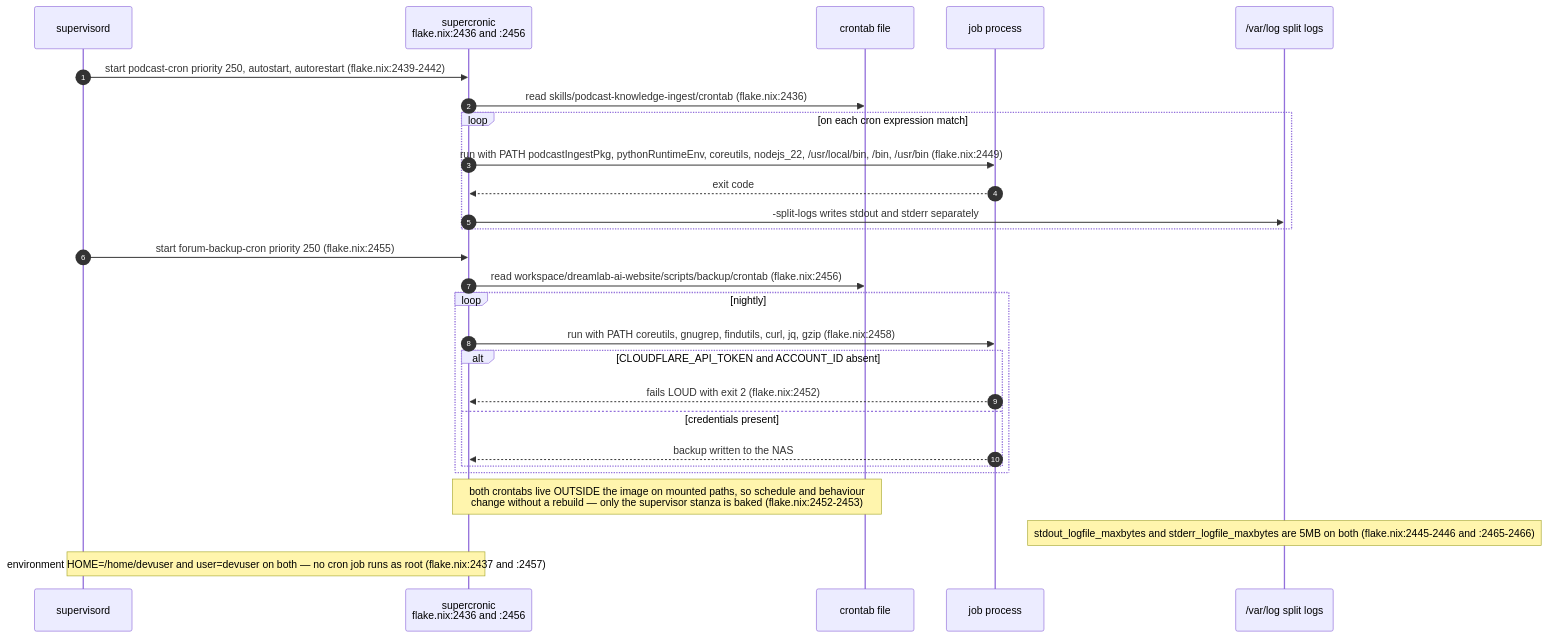
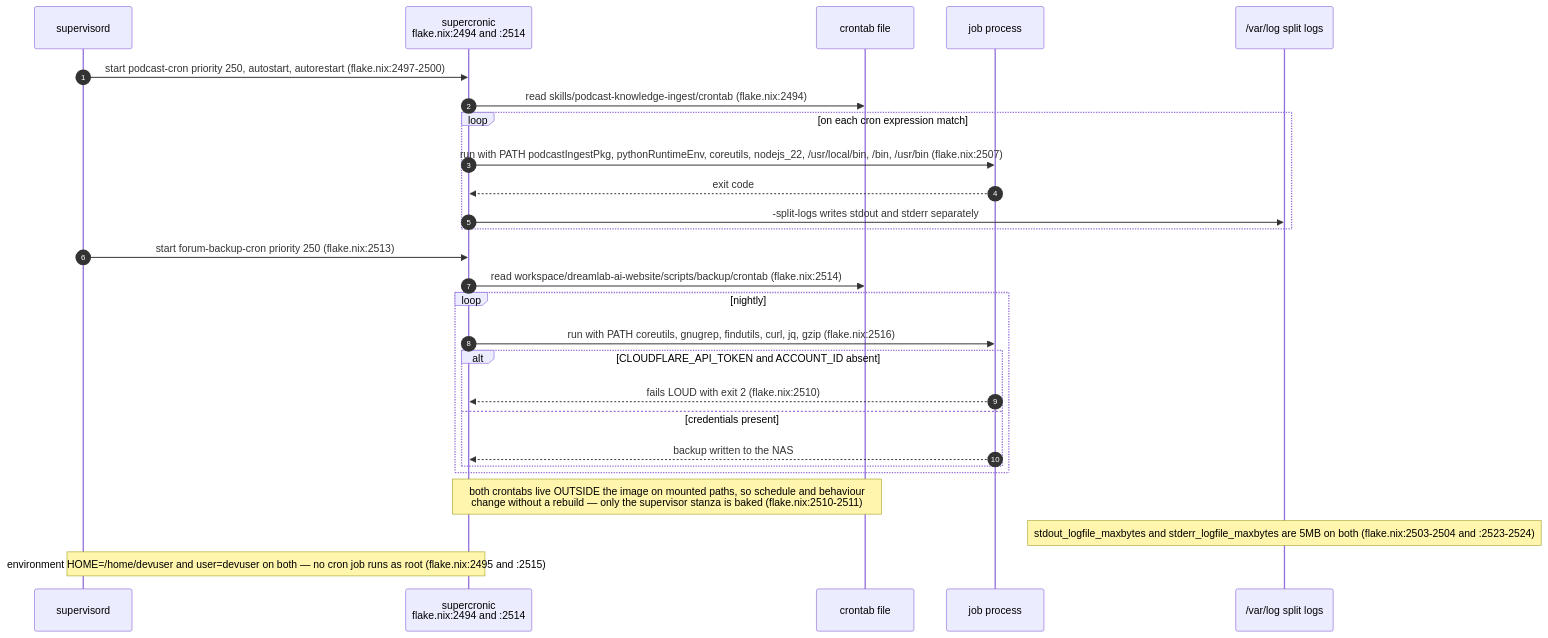
Before and after one commit to DreamLab-AI/VisionFlow: the seventh of 9 diagrams in docs/diagrams/agentbox/07-daemons-reapers-cron-backups.md, drawn with Mermaid. The commit also changed other lines of this file and 28 other files, not shown here.

````diff
--- a/docs/diagrams/agentbox/07-daemons-reapers-cron-backups.md
+++ b/docs/diagrams/agentbox/07-daemons-reapers-cron-backups.md
@@ -282,30 +282,30 @@
 ```mermaid
 sequenceDiagram
     autonumber
     participant SUP as supervisord
-    participant SC as supercronic<br/>flake.nix:2436 and :2456
+    participant SC as supercronic<br/>flake.nix:2494 and :2514
     participant CT as crontab file
     participant J as job process
     participant L as /var/log split logs
 
-    SUP->>SC: start podcast-cron priority 250, autostart, autorestart (flake.nix:2439-2442)
-    SC->>CT: read skills/podcast-knowledge-ingest/crontab (flake.nix:2436)
+    SUP->>SC: start podcast-cron priority 250, autostart, autorestart (flake.nix:2497-2500)
+    SC->>CT: read skills/podcast-knowledge-ingest/crontab (flake.nix:2494)
     loop on each cron expression match
-        SC->>J: run with PATH podcastIngestPkg, pythonRuntimeEnv, coreutils, nodejs_22, /usr/local/bin, /bin, /usr/bin (flake.nix:2449)
+        SC->>J: run with PATH podcastIngestPkg, pythonRuntimeEnv, coreutils, nodejs_22, /usr/local/bin, /bin, /usr/bin (flake.nix:2507)
         J-->>SC: exit code
         SC->>L: -split-logs writes stdout and stderr separately
     end
-    SUP->>SC: start forum-backup-cron priority 250 (flake.nix:2455)
-    SC->>CT: read workspace/dreamlab-ai-website/scripts/backup/crontab (flake.nix:2456)
+    SUP->>SC: start forum-backup-cron priority 250 (flake.nix:2513)
+    SC->>CT: read workspace/dreamlab-ai-website/scripts/backup/crontab (flake.nix:2514)
     loop nightly
-        SC->>J: run with PATH coreutils, gnugrep, findutils, curl, jq, gzip (flake.nix:2458)
+        SC->>J: run with PATH coreutils, gnugrep, findutils, curl, jq, gzip (flake.nix:2516)
         alt CLOUDFLARE_API_TOKEN and ACCOUNT_ID absent
-            J-->>SC: fails LOUD with exit 2 (flake.nix:2452)
+            J-->>SC: fails LOUD with exit 2 (flake.nix:2510)
         else credentials present
             J-->>SC: backup written to the NAS
         end
     end
-    Note over SC,CT: both crontabs live OUTSIDE the image on mounted paths, so schedule and behaviour<br/>change without a rebuild — only the supervisor stanza is baked (flake.nix:2452-2453)
-    Note over L: stdout_logfile_maxbytes and stderr_logfile_maxbytes are 5MB on both (flake.nix:2445-2446 and :2465-2466)
-    Note over SUP,SC: environment HOME=/home/devuser and user=devuser on both — no cron job runs as root (flake.nix:2437 and :2457)
+    Note over SC,CT: both crontabs live OUTSIDE the image on mounted paths, so schedule and behaviour<br/>change without a rebuild — only the supervisor stanza is baked (flake.nix:2510-2511)
+    Note over L: stdout_logfile_maxbytes and stderr_logfile_maxbytes are 5MB on both (flake.nix:2503-2504 and :2523-2524)
+    Note over SUP,SC: environment HOME=/home/devuser and user=devuser on both — no cron job runs as root (flake.nix:2495 and :2515)
 ```
````
